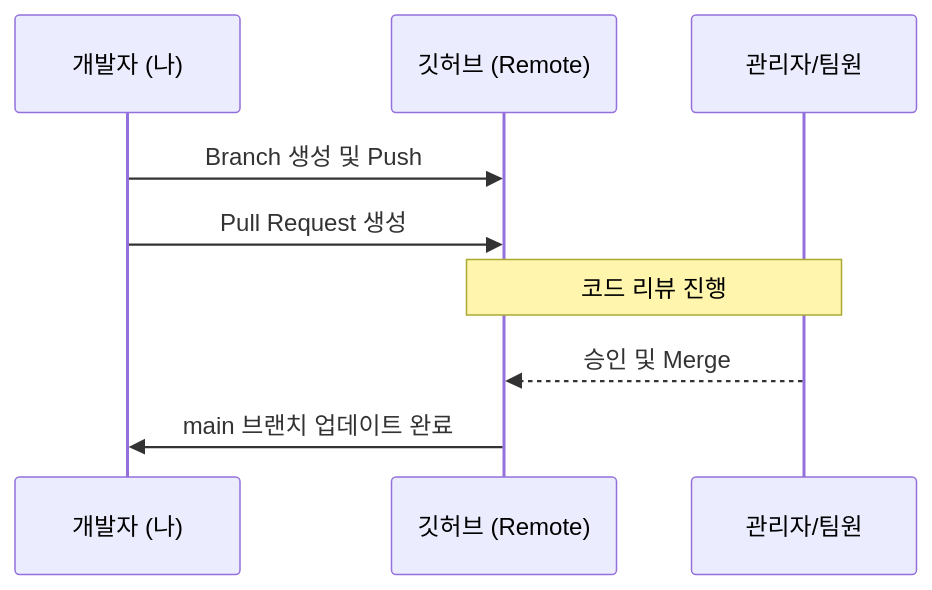
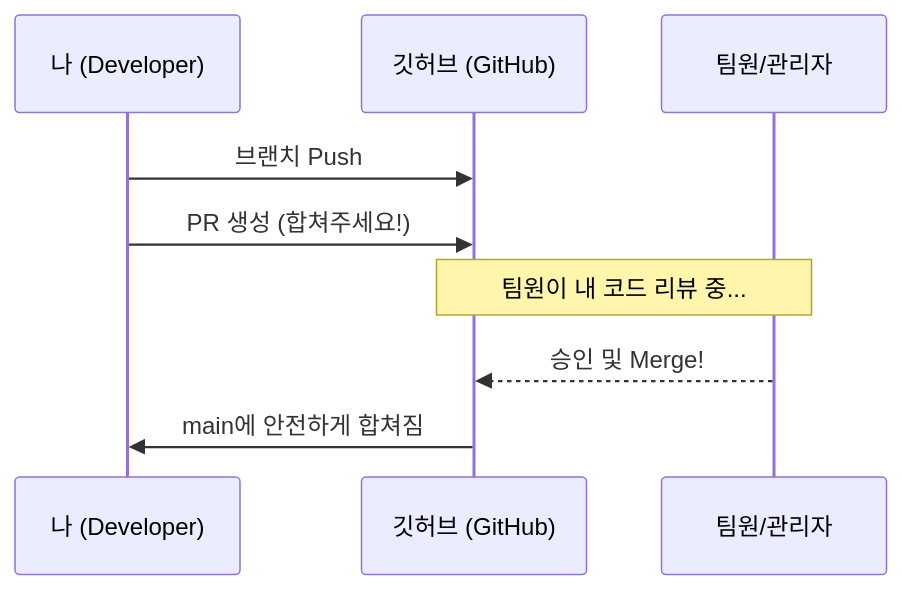
One commit to pr0ved99/TIL changed the diagram in CS/Git/5_PR_confilct.md. Above: the diagram before and after it, drawn with Mermaid. The commit also changed other lines of this file and 4 other files, not shown here.

````diff
--- a/CS/Git/5_PR_confilct.md
+++ b/CS/Git/5_PR_confilct.md
@@ -54,12 +54,12 @@
 ```mermaid
 sequenceDiagram
-    participant D as 개발자 (나)
-    participant GH as 깃허브 (Remote)
-    participant M as 관리자/팀원
+    participant D as 나 (Developer)
+    participant GH as 깃허브 (GitHub)
+    participant M as 팀원/관리자
 
-    D->>GH: Branch 생성 및 Push
-    D->>GH: Pull Request 생성
-    Note over GH, M: 코드 리뷰 진행
-    M-->>GH: 승인 및 Merge
-    GH->>D: main 브랜치 업데이트 완료
+    D->>GH: 브랜치 Push
+    D->>GH: PR 생성 (합쳐주세요!)
+    Note over GH, M: 팀원이 내 코드 리뷰 중...
+    M-->>GH: 승인 및 Merge!
+    GH->>D: main에 안전하게 합쳐짐
 ```
````
